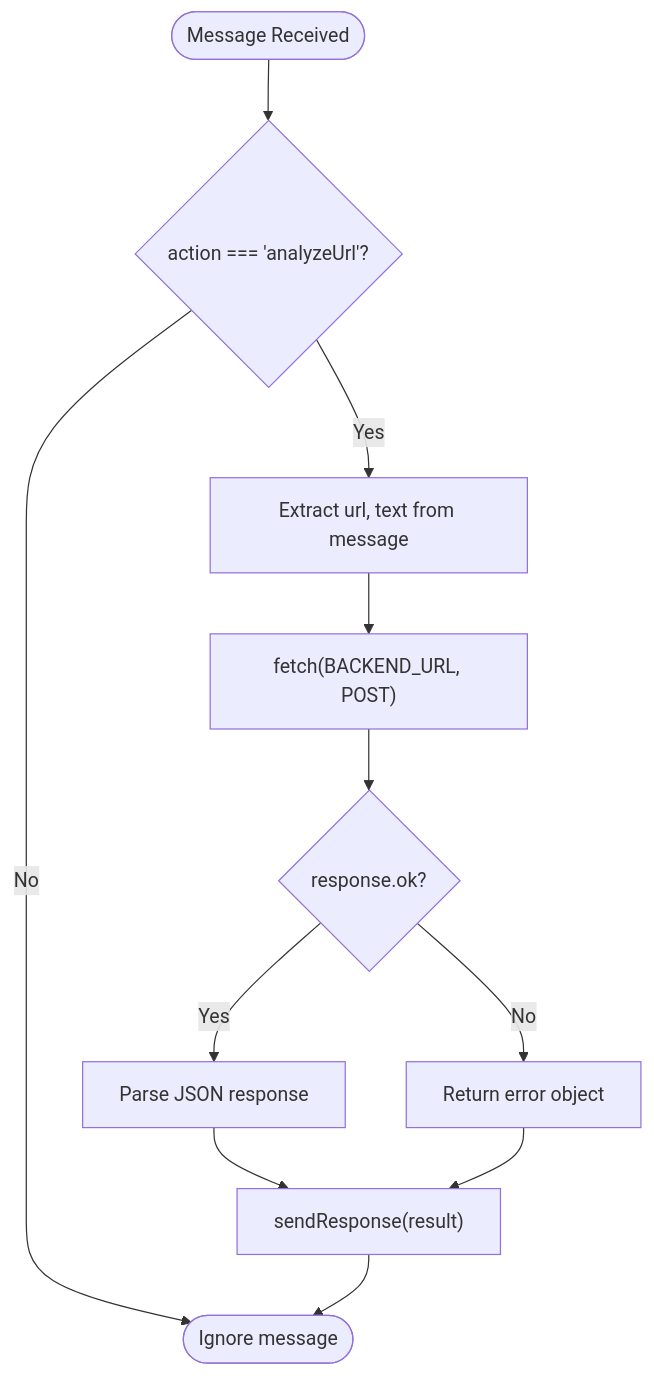
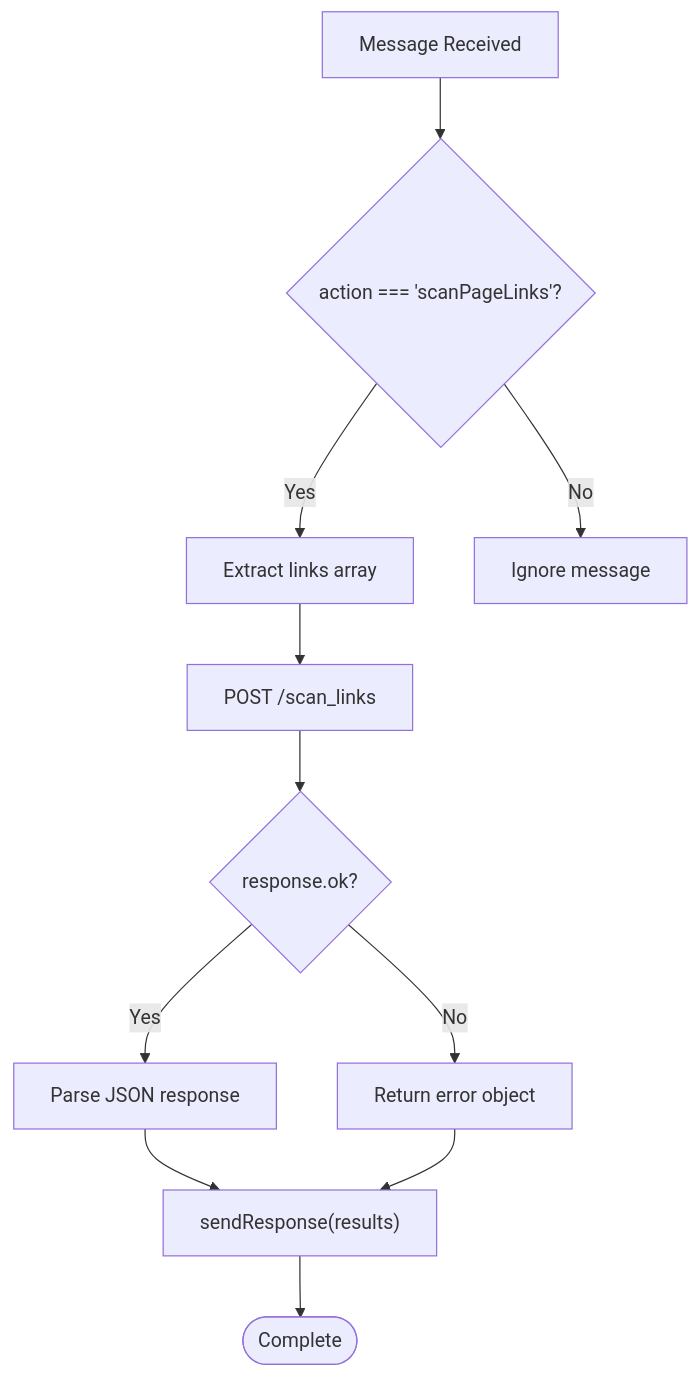
One commit to Aymanaahh/scrollguard-ai changed the fourth of 7 diagrams in .qoder/repowiki/en/content/Threat Detection Engine.md. Above: the diagram before and after it, drawn with Mermaid. The commit also changed other lines of this file and 36 other files, not shown here.

````diff
--- a/.qoder/repowiki/en/content/Threat Detection Engine.md
+++ b/.qoder/repowiki/en/content/Threat Detection Engine.md
@@ -158,13 +187,13 @@
 ```mermaid
 flowchart TD
-Start(["Message Received"]) --> CheckAction{"action === 'analyzeUrl'?"}
-CheckAction --> |Yes| ExtractData["Extract url, text from message"]
-CheckAction --> |No| End(["Ignore message"])
-ExtractData --> FetchAPI["fetch(BACKEND_URL, POST)"]
-FetchAPI --> ResponseCheck{"response.ok?"}
+Message["Message Received"] --> CheckAction{"action === 'scanPageLinks'?"}
+CheckAction --> |Yes| ExtractLinks["Extract links array"]
+CheckAction --> |No| Ignore["Ignore message"]
+ExtractLinks --> PostRequest["POST /scan_links"]
+PostRequest --> ResponseCheck{"response.ok?"}
 ResponseCheck --> |Yes| ParseJSON["Parse JSON response"]
 ResponseCheck --> |No| HandleError["Return error object"]
-ParseJSON --> SendResponse["sendResponse(result)"]
+ParseJSON --> SendResponse["sendResponse(results)"]
 HandleError --> SendResponse
-SendResponse --> End
+SendResponse --> End(["Complete"])
 ```
````
